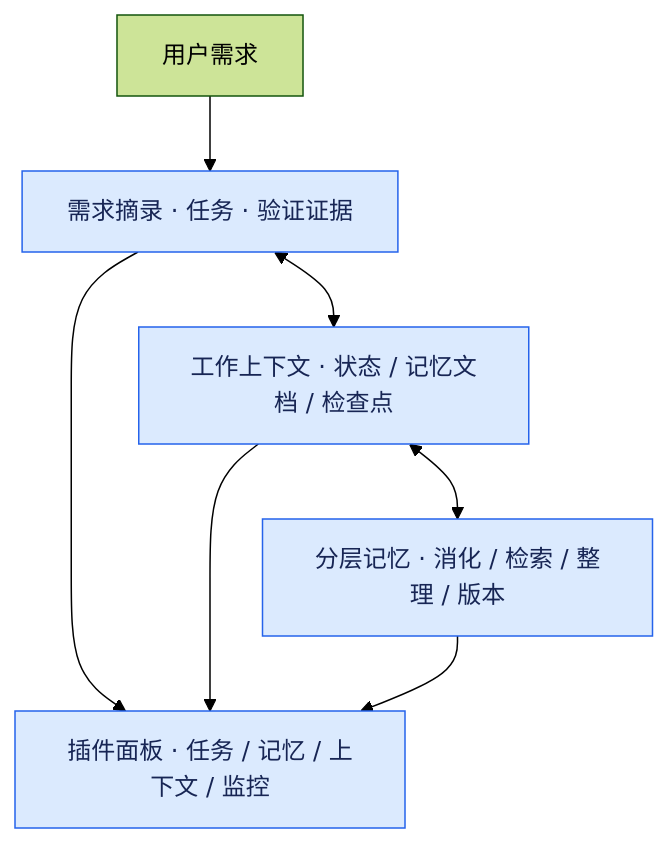
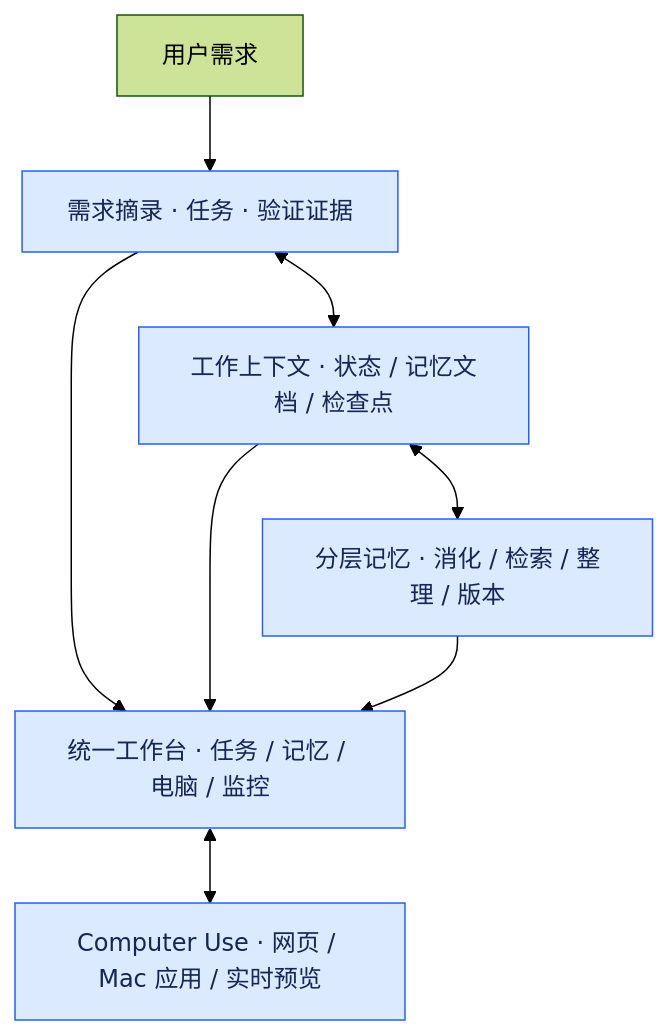
The diagram in README.md (gulagala001/oh-my-dsh), drawn with Mermaid (forest theme) before and after one commit. The commit also changed other lines of this file and 5 other files, not shown here.

````diff
--- a/README.md
+++ b/README.md
@@ -64,11 +152,12 @@
 ```mermaid
 flowchart TB
     U[用户需求] --> A[需求摘录 · 任务 · 验证证据]
     A <--> C[工作上下文 · 状态 / 记忆文档 / 检查点]
     C <--> M[分层记忆 · 消化 / 检索 / 整理 / 版本]
-    A --> P[插件面板 · 任务 / 记忆 / 上下文 / 监控]
+    A --> P[统一工作台 · 任务 / 记忆 / 电脑 / 监控]
     C --> P
     M --> P
+    P <--> B[Computer Use · 网页 / Mac 应用 / 实时预览]
     classDef plugin fill:#dbeafe,stroke:#2563eb,color:#172554
-    class A,C,M,P plugin
+    class A,C,M,P,B plugin
 ```
````
